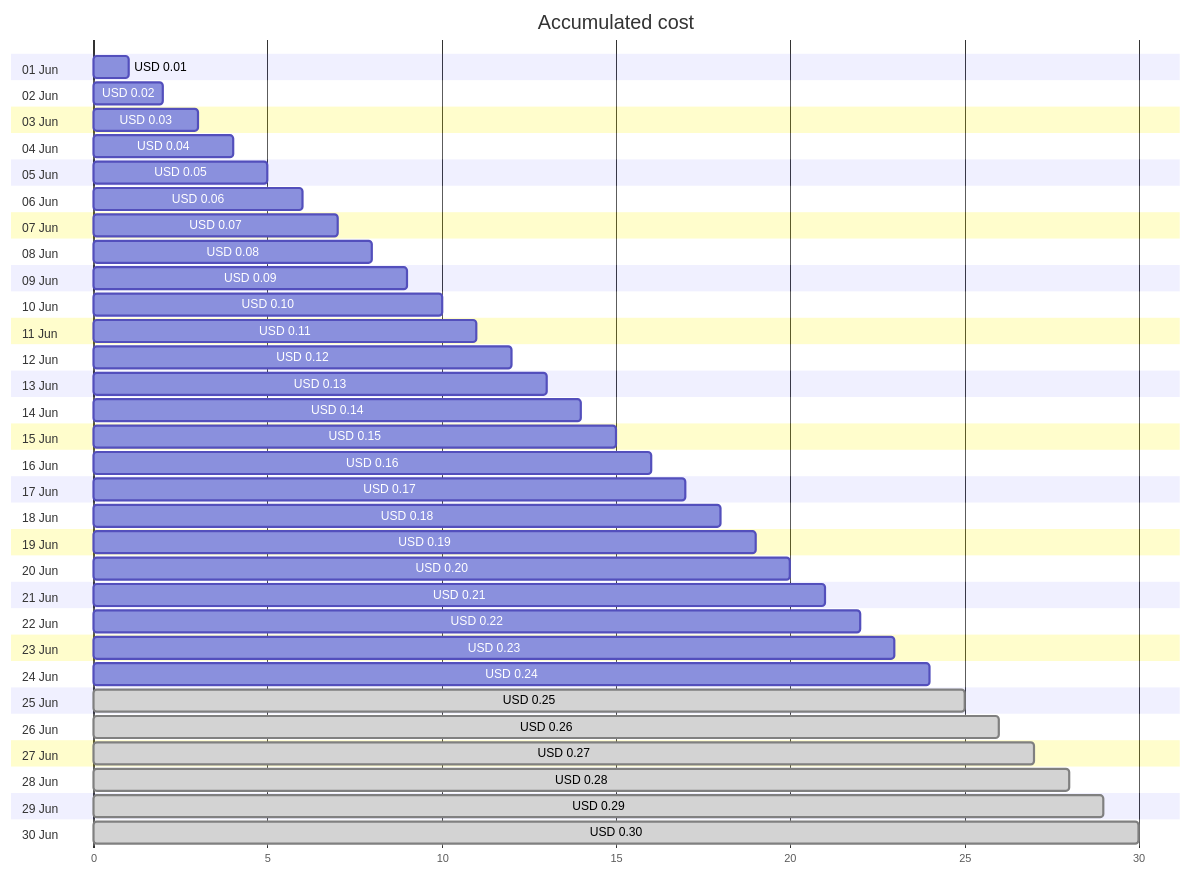
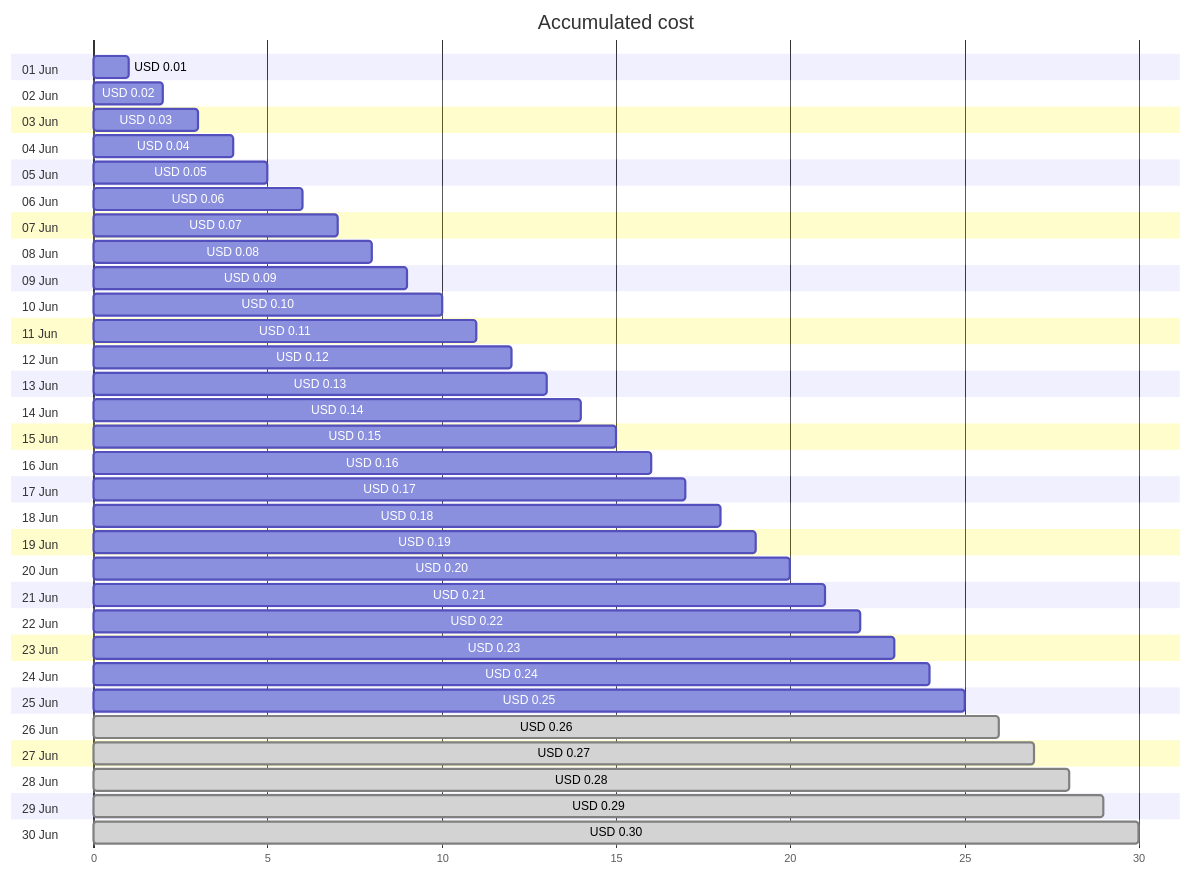
One commit to jpfulton/azure-personal-reports changed the first of 4 diagrams in cost-reports/cloud-shell-storage-eastus/README.md. Above: the diagram before and after it, drawn with Mermaid. The commit also changed other lines of this file and 1 other file, not shown here.

````diff
--- a/cost-reports/cloud-shell-storage-eastus/README.md
+++ b/cost-reports/cloud-shell-storage-eastus/README.md
@@ -20,66 +20,66 @@
 ```mermaid
 gantt
    title Accumulated cost
    dateFormat  X
    axisFormat %s
    section 01 Jun
    USD 0.01 :0, 1
    section 02 Jun
    USD 0.02 :0, 2
    section 03 Jun
    USD 0.03 :0, 3
    section 04 Jun
    USD 0.04 :0, 4
    section 05 Jun
    USD 0.05 :0, 5
    section 06 Jun
    USD 0.06 :0, 6
    section 07 Jun
    USD 0.07 :0, 7
    section 08 Jun
    USD 0.08 :0, 8
    section 09 Jun
    USD 0.09 :0, 9
    section 10 Jun
    USD 0.10 :0, 10
    section 11 Jun
    USD 0.11 :0, 11
    section 12 Jun
    USD 0.12 :0, 12
    section 13 Jun
    USD 0.13 :0, 13
    section 14 Jun
    USD 0.14 :0, 14
    section 15 Jun
    USD 0.15 :0, 15
    section 16 Jun
    USD 0.16 :0, 16
    section 17 Jun
    USD 0.17 :0, 17
    section 18 Jun
    USD 0.18 :0, 18
    section 19 Jun
    USD 0.19 :0, 19
    section 20 Jun
    USD 0.20 :0, 20
    section 21 Jun
    USD 0.21 :0, 21
    section 22 Jun
    USD 0.22 :0, 22
    section 23 Jun
    USD 0.23 :0, 23
    section 24 Jun
    USD 0.24 :0, 24
    section 25 Jun
-   USD 0.25 : done, 0, 25
+   USD 0.25 :0, 25
    section 26 Jun
    USD 0.26 : done, 0, 26
    section 27 Jun
    USD 0.27 : done, 0, 27
    section 28 Jun
    USD 0.28 : done, 0, 28
    section 29 Jun
    USD 0.29 : done, 0, 29
    section 30 Jun
    USD 0.30 : done, 0, 30
 ```
````
